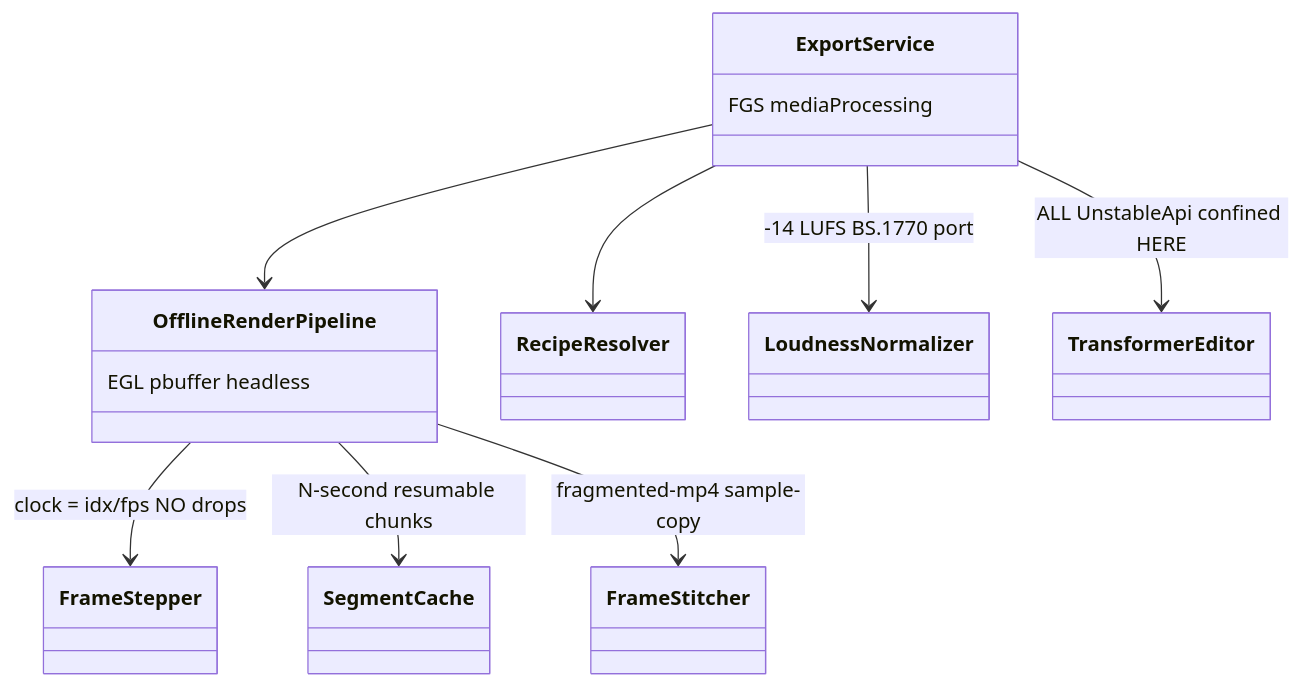
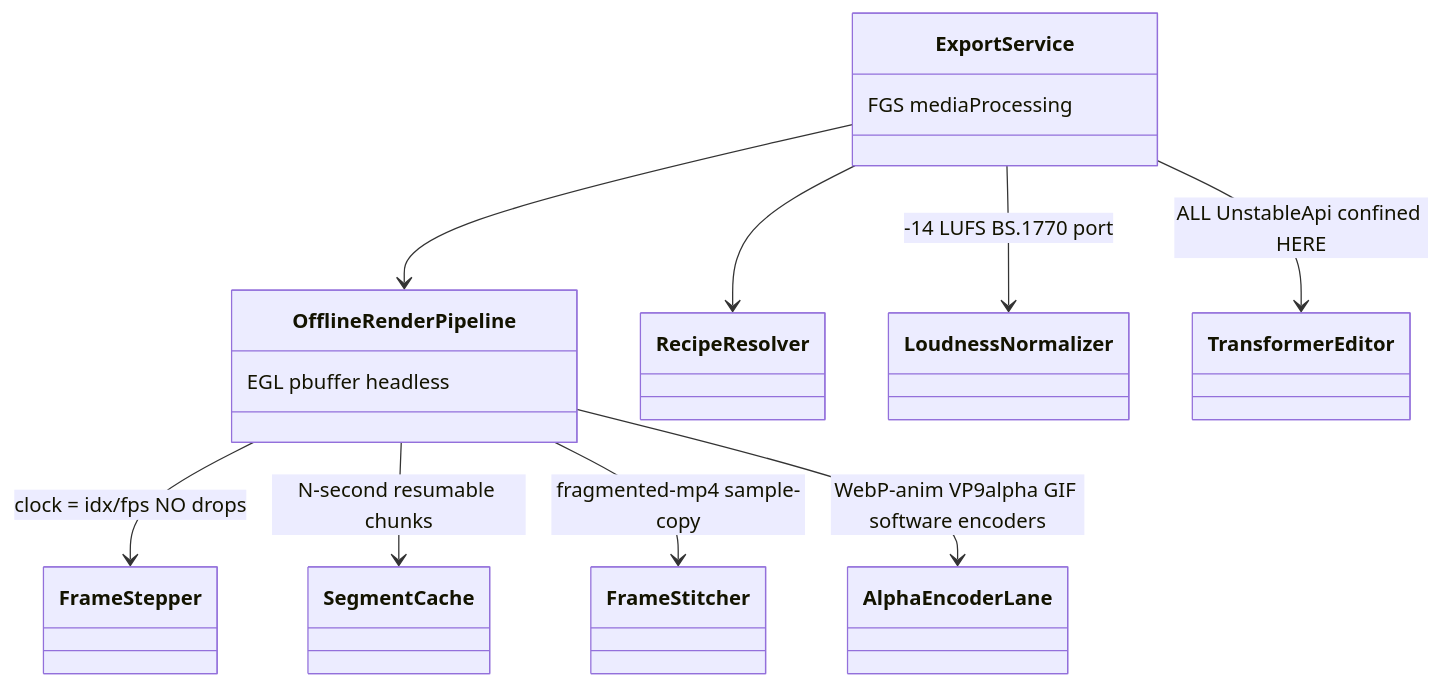
Before and after one commit to tessie1993/music-visualizer-2: the sixth of 7 diagrams in docs/ARCHITECTURE_BLUEPRINT.md, drawn with Mermaid. The commit also changed other lines of this file, not shown here.

Commit message:
docs(synesthesia): blueprint review fixes 1-9 (parity harness home, offline clamp, alpha lane, failure ownership table, player lifecycle, FSR/tiling reinstated, studio->vis edge, projectM placement, mermaid syntax)

````diff
--- a/docs/ARCHITECTURE_BLUEPRINT.md
+++ b/docs/ARCHITECTURE_BLUEPRINT.md
@@ -103,12 +107,13 @@
 ```mermaid
 classDiagram
     class ExportService { FGS mediaProcessing }
     ExportService --> OfflineRenderPipeline
     class OfflineRenderPipeline { EGL pbuffer headless }
     OfflineRenderPipeline --> FrameStepper : clock = idx/fps NO drops
     OfflineRenderPipeline --> SegmentCache : N-second resumable chunks
     OfflineRenderPipeline --> FrameStitcher : fragmented-mp4 sample-copy
+    OfflineRenderPipeline --> AlphaEncoderLane : WebP-anim VP9alpha GIF software encoders
     ExportService --> RecipeResolver
     ExportService --> LoudnessNormalizer : -14 LUFS BS.1770 port
     ExportService --> TransformerEditor : ALL UnstableApi confined HERE
 ```
````
